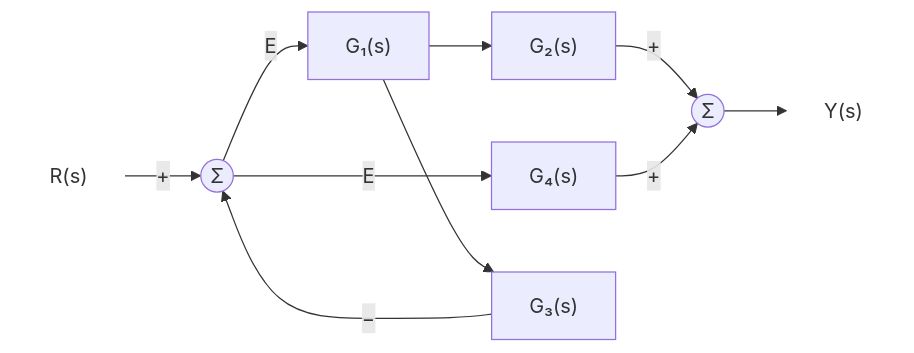
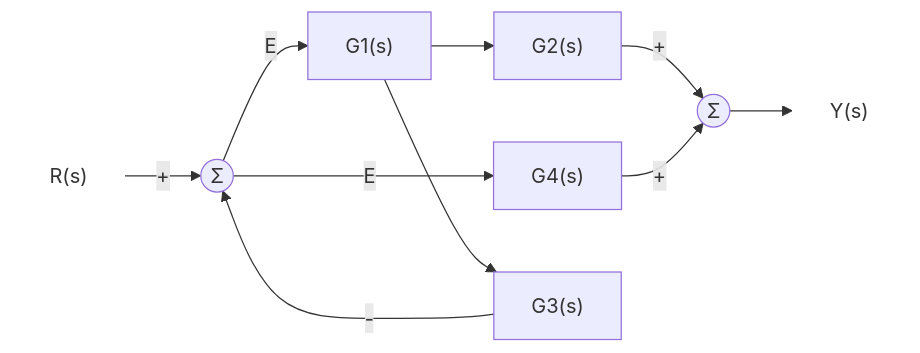
Before and after one commit to Choroning/25Fall_Neural-Network-Control-Systems: the seventh of 14 diagrams in Lecture-Notes/Week06_Control-System-Modeling-III/Concepts_Lecture.ko.md, drawn with Mermaid. The commit also changed other lines of this file and 25 other files, not shown here.

````diff
--- a/Lecture-Notes/Week06_Control-System-Modeling-III/Concepts_Lecture.ko.md
+++ b/Lecture-Notes/Week06_Control-System-Modeling-III/Concepts_Lecture.ko.md
@@ -266,14 +266,14 @@
 ```mermaid
 flowchart LR
-  R["R(s)"] -->|"+"| S1(("Σ"))
-  S1 -->|"E"| G1["G₁(s)"]
-  S1 -->|"E"| G4["G₄(s)"]
-  G1 --> G2["G₂(s)"]
-  G1 --> G3["G₃(s)"]
-  G3 -->|"−"| S1
-  G2 -->|"+"| S2(("Σ"))
-  G4 -->|"+"| S2
+  R["R(s)"] -->|"#43;"| S1(("Σ"))
+  S1 -->|"E"| G1["G1(s)"]
+  S1 -->|"E"| G4["G4(s)"]
+  G1 --> G2["G2(s)"]
+  G1 --> G3["G3(s)"]
+  G3 -->|"#45;"| S1
+  G2 -->|"#43;"| S2(("Σ"))
+  G4 -->|"#43;"| S2
   S2 --> Y["Y(s)"]
   classDef sig fill:none,stroke:none;
   class R,Y sig;
 ```
````
